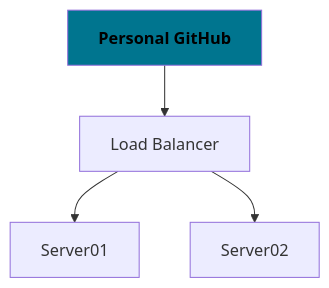
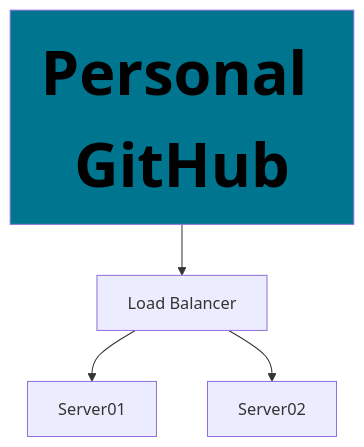
One commit to vaido-world/.github changed the diagram in profile/README.md. Above: the diagram before and after it, drawn with Mermaid.

````diff
--- a/profile/README.md
+++ b/profile/README.md
@@ -20,11 +20,14 @@
 ```mermaid
 graph TD
   A[Personal GitHub] --> B[Load Balancer]
   B --> C[Server01]
   B --> D[Server02]
   click A "https://github.com/BoQsc" "This is a link"
+  
   style A fill:#00758f
   style A color:#000000
-  style A font-weight:bold
+  style A font-weight:900
+  style A font-size:60px
+  
   linkStyle default color:#0000FF
 ```
````
